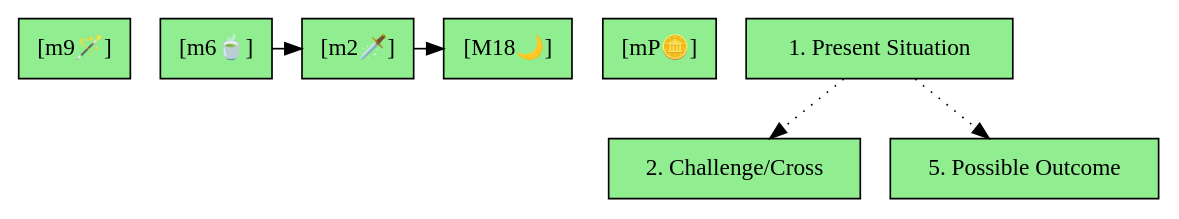
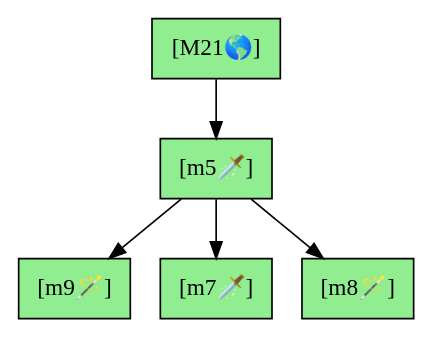
One commit to infomofo/ts-tarot-cards changed the diagram in samples/crossSpread-reading.dot. Above: the diagram before and after it, drawn with Graphviz. The commit also changed 13 other files, not shown here.

```diff
--- a/samples/crossSpread-reading.dot
+++ b/samples/crossSpread-reading.dot
@@ -1,15 +1,7 @@
 
 digraph CrossSpread {
   node [shape=rectangle, style=filled, fillcolor=lightgreen];
-  subgraph {
-    rank=same; "[m9🪄]";
-  }
-  subgraph {
-    rank=same; "[m6🍵]" -> "[m2🗡️]" -> "[M18🌙]";
-  }
-  subgraph {
-    rank=same; "[mP🪙]";
-  }
-  "1. Present Situation" -> "2. Challenge/Cross" [style=dotted];
-  "1. Present Situation" -> "5. Possible Outcome" [style=dotted];
+  "[M21🌎]" -> "[m5🗡️]" -> "[m9🪄]";
+  "[m5🗡️]" -> "[m7🗡️]";
+  "[m5🗡️]" -> "[m8🪄]";
 }
```
